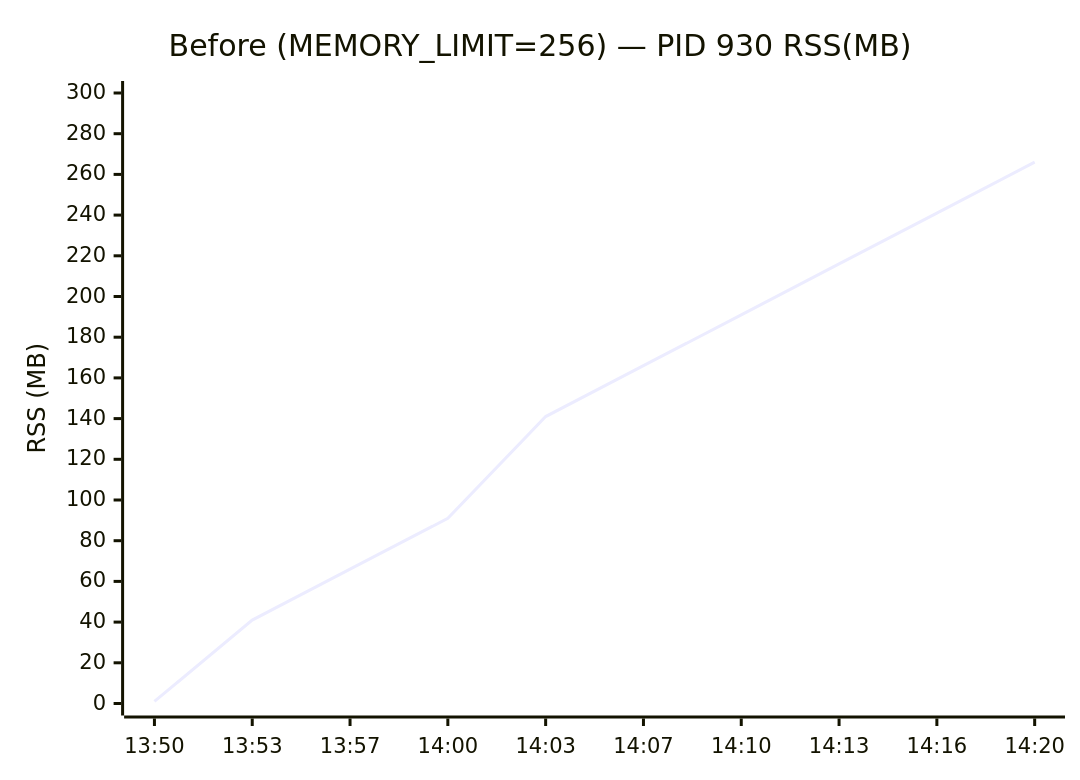
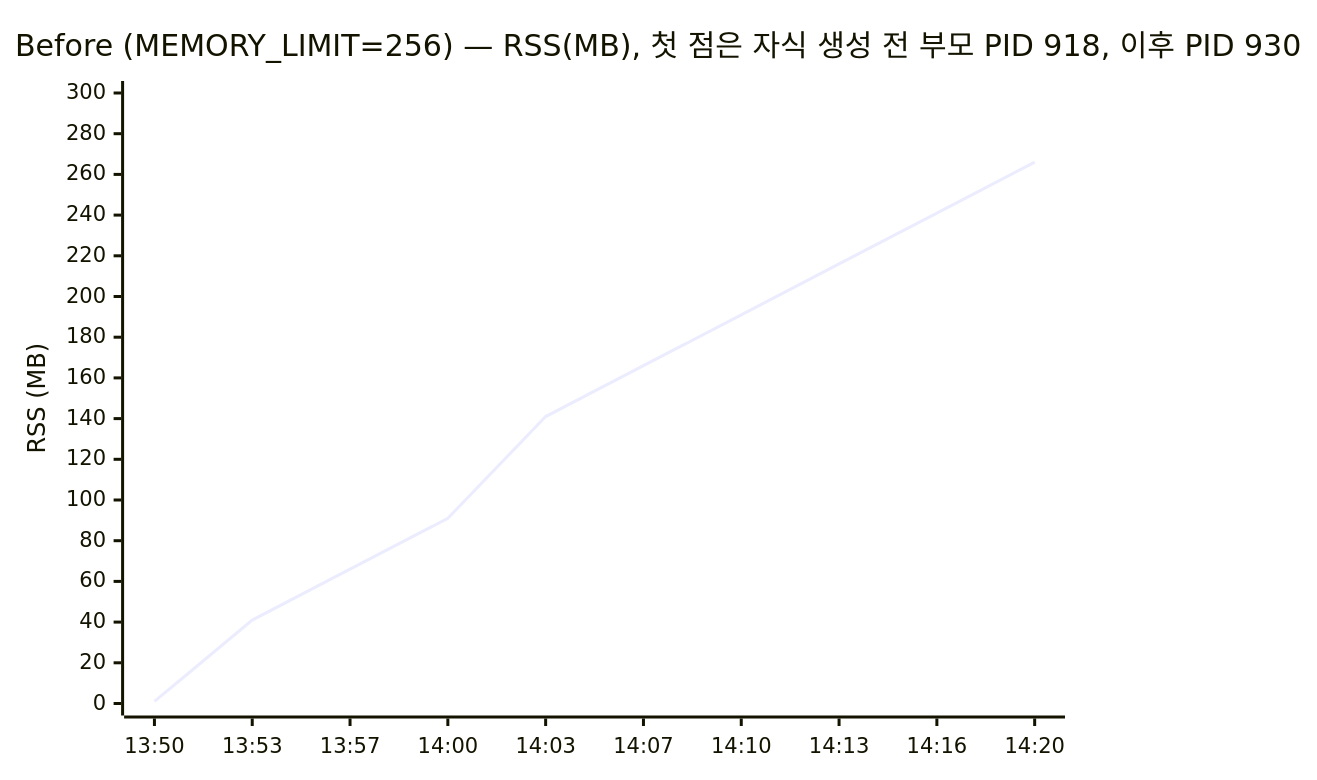
The first of 2 diagrams in issues/01-oom.md (zxcv718/b4-2), drawn with Mermaid before and after one commit. The commit also changed other lines of this file and 6 other files, not shown here.

````diff
--- a/issues/01-oom.md
+++ b/issues/01-oom.md
@@ -32,7 +32,7 @@
 ```mermaid
 xychart-beta
-  title "Before (MEMORY_LIMIT=256) — PID 930 RSS(MB)"
+  title "Before (MEMORY_LIMIT=256) — RSS(MB), 첫 점은 자식 생성 전 부모 PID 918, 이후 PID 930"
   x-axis ["13:50","13:53","13:57","14:00","14:03","14:07","14:10","14:13","14:16","14:20"]
   y-axis "RSS (MB)" 0 --> 300
   line [1,41,66,91,141,166,191,216,241,266]
 ```
````
